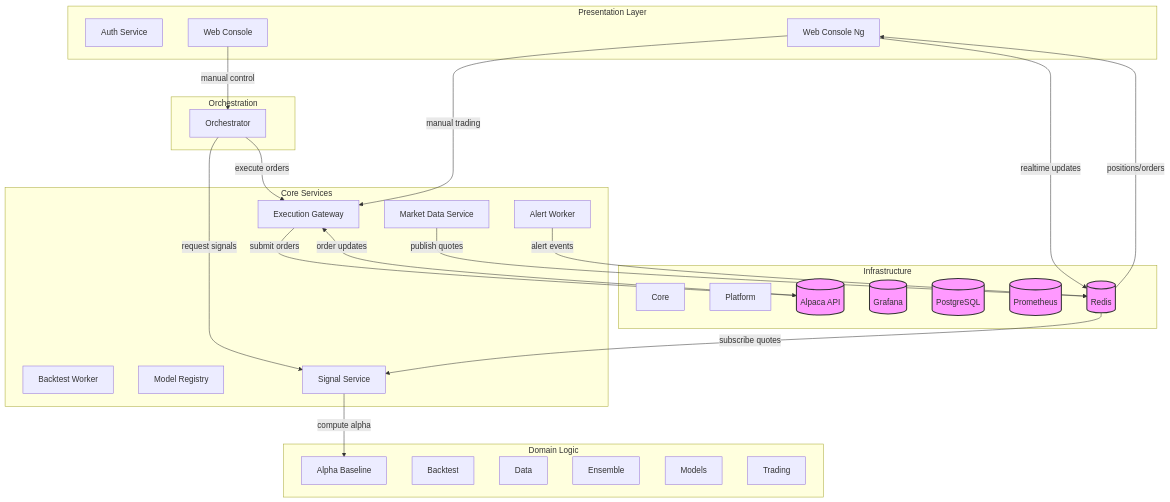
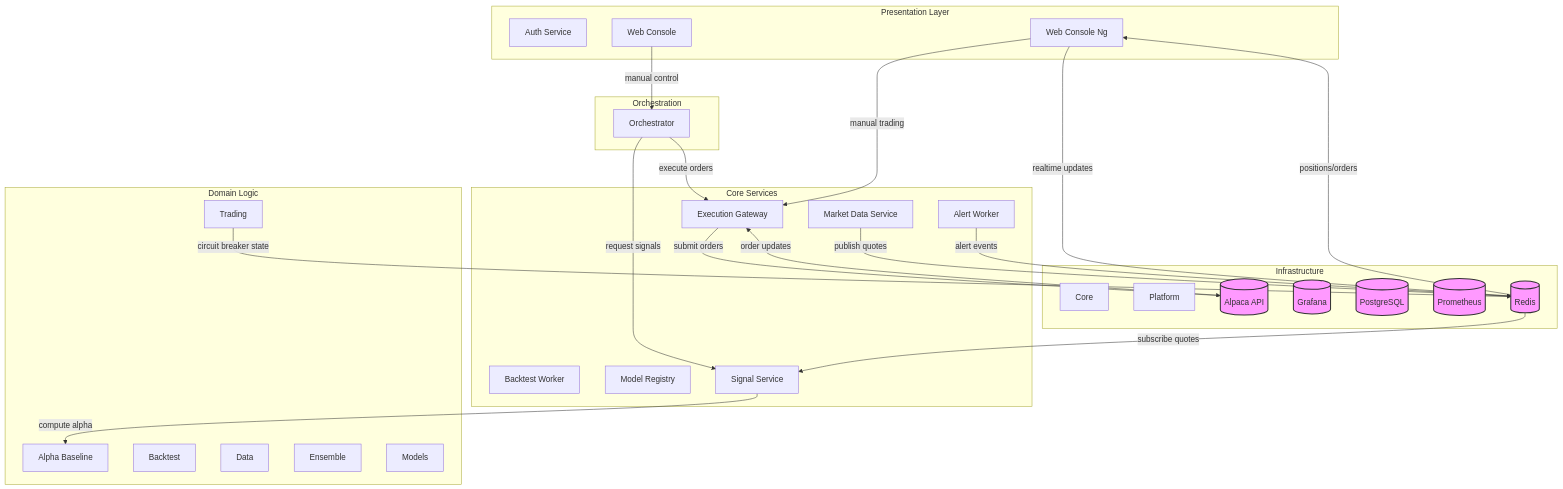
Before and after one commit to LeeeWayyy/trading_platform: the diagram in docs/ARCHITECTURE/system_map_flow.md, drawn with Mermaid. The commit also changed 11 other files, not shown here.

````diff
--- a/docs/ARCHITECTURE/system_map_flow.md
+++ b/docs/ARCHITECTURE/system_map_flow.md
@@ -3,81 +3,82 @@
 ```mermaid
 flowchart TB
   subgraph presentation["Presentation Layer"]
     svc_auth_service["Auth Service"]
     svc_web_console["Web Console"]
     svc_web_console_ng["Web Console Ng"]
   end
   subgraph orchestration["Orchestration"]
     svc_orchestrator["Orchestrator"]
   end
   subgraph core["Core Services"]
     svc_alert_worker["Alert Worker"]
     svc_backtest_worker["Backtest Worker"]
     svc_execution_gateway["Execution Gateway"]
     svc_market_data_service["Market Data Service"]
     svc_model_registry["Model Registry"]
     svc_signal_service["Signal Service"]
   end
   subgraph domain["Domain Logic"]
     strat_alpha_baseline["Alpha Baseline"]
     strat_backtest["Backtest"]
     lib_data["Data"]
     strat_ensemble["Ensemble"]
     lib_models["Models"]
     lib_trading["Trading"]
   end
   subgraph infra["Infrastructure"]
     lib_core["Core"]
     lib_platform["Platform"]
     ext_alpaca[("Alpaca API")]
     ext_grafana[("Grafana")]
     ext_postgres[("PostgreSQL")]
     ext_prometheus[("Prometheus")]
     ext_redis[("Redis")]
   end
 
   svc_orchestrator -->|request signals| svc_signal_service
   svc_signal_service -->|compute alpha| strat_alpha_baseline
   svc_orchestrator -->|execute orders| svc_execution_gateway
   svc_execution_gateway -->|submit orders| ext_alpaca
   ext_alpaca -->|order updates| svc_execution_gateway
   svc_market_data_service -->|publish quotes| ext_redis
   ext_redis -->|subscribe quotes| svc_signal_service
   svc_web_console -->|manual control| svc_orchestrator
   svc_web_console_ng -->|manual trading| svc_execution_gateway
   svc_web_console_ng -->|realtime updates| ext_redis
   ext_redis -->|positions/orders| svc_web_console_ng
   svc_alert_worker -->|alert events| ext_redis
+  lib_trading -->|circuit breaker state| ext_redis
 
   %% Click links to documentation
   click svc_alert_worker "../SPECS/services/alert_worker.md"
   click svc_auth_service "../SPECS/services/auth_service.md"
   click svc_backtest_worker "../SPECS/services/backtest_worker.md"
   click svc_execution_gateway "../SPECS/services/execution_gateway.md"
   click svc_market_data_service "../SPECS/services/market_data_service.md"
   click svc_model_registry "../SPECS/services/model_registry.md"
   click svc_orchestrator "../SPECS/services/orchestrator.md"
   click svc_signal_service "../SPECS/services/signal_service.md"
   click svc_web_console "../SPECS/services/web_console.md"
   click svc_web_console_ng "../SPECS/services/web_console_ng.md"
   click lib_core "../SPECS/libs/core.md"
   click lib_data "../SPECS/libs/data.md"
   click lib_models "../SPECS/libs/models.md"
   click lib_platform "../SPECS/libs/platform.md"
   click lib_trading "../SPECS/libs/trading.md"
   click strat_alpha_baseline "../SPECS/strategies/alpha_baseline.md"
   click strat_backtest "../SPECS/strategies/backtest.md"
   click strat_ensemble "../SPECS/strategies/ensemble.md"
   click ext_redis "../SPECS/infrastructure/redis.md"
   click ext_postgres "../SPECS/infrastructure/postgres.md"
   click ext_prometheus "../SPECS/infrastructure/prometheus.md"
   click ext_grafana "../SPECS/infrastructure/grafana.md"
 
   %% Styling
   classDef external fill:#f9f,stroke:#333,stroke-width:2px
   class ext_alpaca external
   class ext_redis external
   class ext_postgres external
   class ext_prometheus external
   class ext_grafana external
 ```
````
